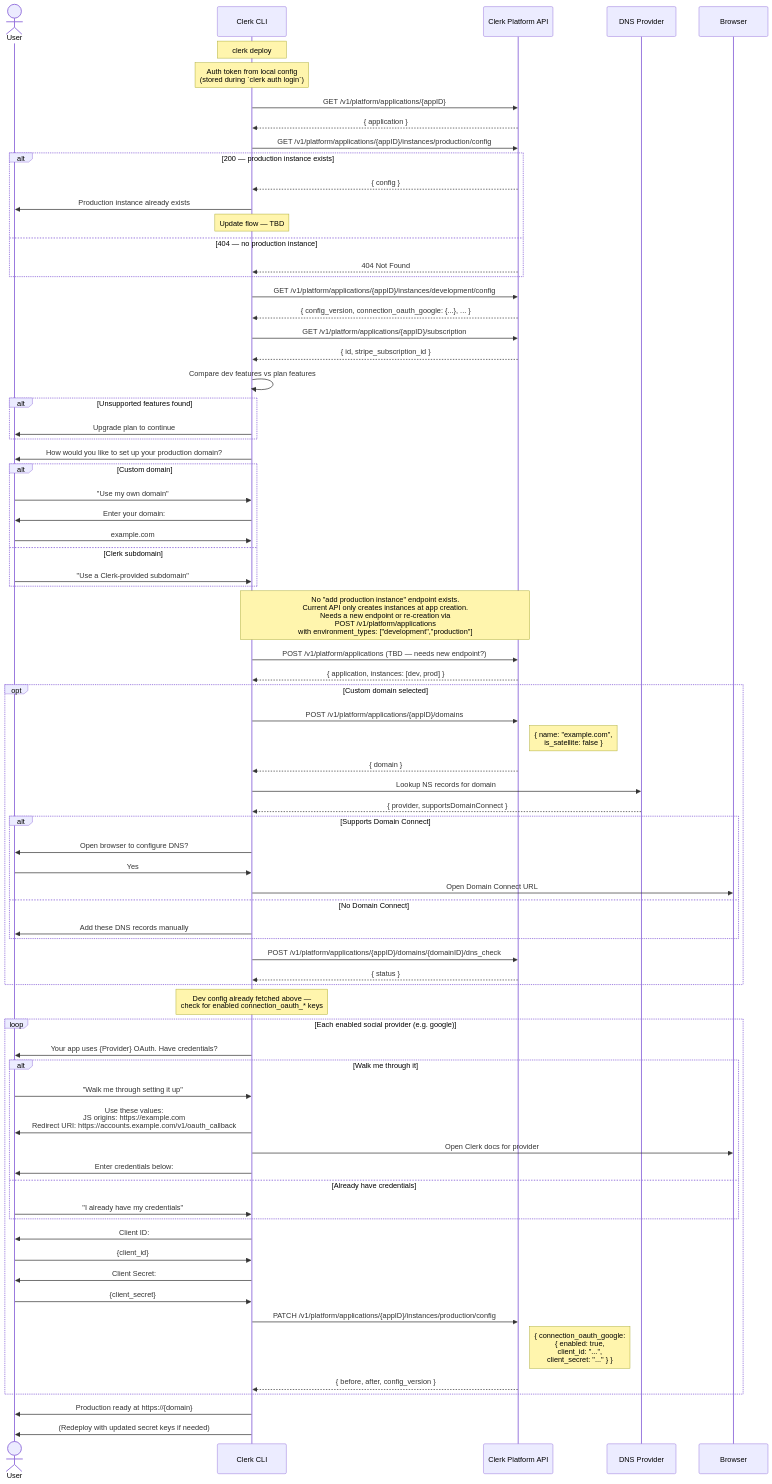
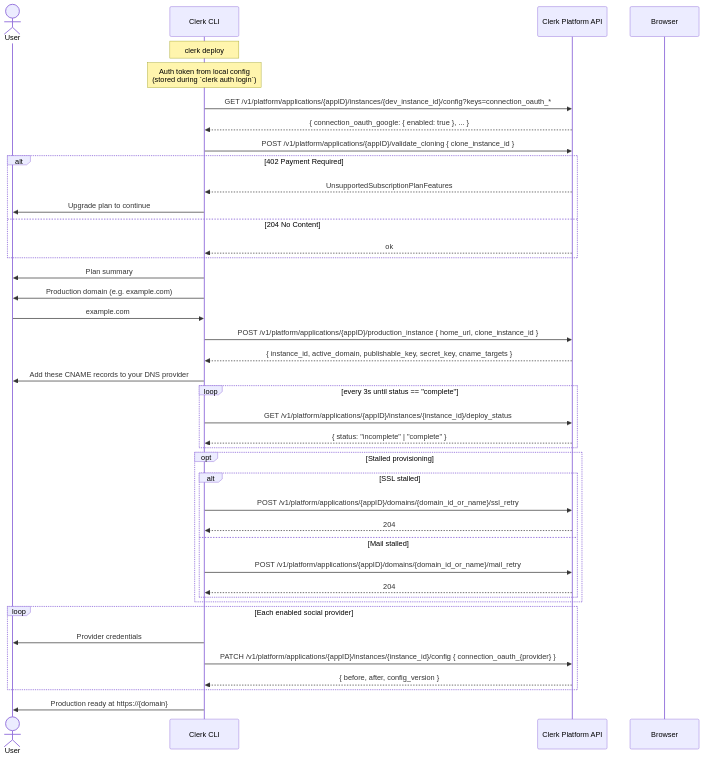
Before and after one commit to clerk/cli: the diagram in packages/cli-core/src/commands/deploy/README.md, drawn with Mermaid. The commit also changed other lines of this file and 15 other files, not shown here.

````diff
--- a/packages/cli-core/src/commands/deploy/README.md
+++ b/packages/cli-core/src/commands/deploy/README.md
@@ -37,100 +68,59 @@
     actor User
     participant CLI as Clerk CLI
     participant API as Clerk Platform API
-    participant DNS as DNS Provider
     participant Browser
 
     Note over CLI: clerk deploy
 
-    %% Auth & App Check
+    %% Auth & app context
     Note over CLI: Auth token from local config<br/>(stored during `clerk auth login`)
-    CLI->>API: GET /v1/platform/applications/{appID}
-    API-->>CLI: { application }
 
-    %% Production Instance Check
-    CLI->>API: GET /v1/platform/applications/{appID}/instances/production/config
-    alt 200 — production instance exists
-        API-->>CLI: { config }
-        CLI->>User: Production instance already exists
-        Note over CLI: Update flow — TBD
-    else 404 — no production instance
-        API-->>CLI: 404 Not Found
+    %% Discover enabled OAuth providers in dev
+    CLI->>API: GET /v1/platform/applications/{appID}/instances/{dev_instance_id}/config?keys=connection_oauth_*
+    API-->>CLI: { connection_oauth_google: { enabled: true }, ... }
+
+    %% Pre-flight subscription check
+    CLI->>API: POST /v1/platform/applications/{appID}/validate_cloning { clone_instance_id }
+    alt 402 Payment Required
+        API-->>CLI: UnsupportedSubscriptionPlanFeatures
+        CLI->>User: Upgrade plan to continue
+    else 204 No Content
+        API-->>CLI: ok
     end
 
-    %% Read Dev Instance Config (features + social providers)
-    CLI->>API: GET /v1/platform/applications/{appID}/instances/development/config
-    API-->>CLI: { config_version, connection_oauth_google: {...}, ... }
+    %% Plan summary + domain
+    CLI->>User: Plan summary
+    CLI->>User: Production domain (e.g. example.com)
+    User->>CLI: example.com
 
-    %% Subscription Check
-    CLI->>API: GET /v1/platform/applications/{appID}/subscription
-    API-->>CLI: { id, stripe_subscription_id }
-    CLI->>CLI: Compare dev features vs plan features
-    alt Unsupported features found
-        CLI->>User: Upgrade plan to continue
+    %% Create production instance + domain in one round-trip
+    CLI->>API: POST /v1/platform/applications/{appID}/production_instance { home_url, clone_instance_id }
+    API-->>CLI: { instance_id, active_domain, publishable_key, secret_key, cname_targets }
+
+    CLI->>User: Add these CNAME records to your DNS provider
+
+    %% Poll deploy status
+    loop every 3s until status == "complete"
+        CLI->>API: GET /v1/platform/applications/{appID}/instances/{instance_id}/deploy_status
+        API-->>CLI: { status: "incomplete" | "complete" }
     end
 
-    %% Domain Selection
-    CLI->>User: How would you like to set up your production domain?
-    alt Custom domain
-        User->>CLI: "Use my own domain"
-        CLI->>User: Enter your domain:
-        User->>CLI: example.com
-    else Clerk subdomain
-        User->>CLI: "Use a Clerk-provided subdomain"
+    opt Stalled provisioning
+        alt SSL stalled
+            CLI->>API: POST /v1/platform/applications/{appID}/domains/{domain_id_or_name}/ssl_retry
+            API-->>CLI: 204
+        else Mail stalled
+            CLI->>API: POST /v1/platform/applications/{appID}/domains/{domain_id_or_name}/mail_retry
+            API-->>CLI: 204
+        end
     end
 
-    %% Create Production Instance
-    Note over CLI,API: No "add production instance" endpoint exists.<br/>Current API only creates instances at app creation.<br/>Needs a new endpoint or re-creation via<br/>POST /v1/platform/applications<br/>with environment_types: ["development","production"]
-    CLI->>API: POST /v1/platform/applications (TBD — needs new endpoint?)
-    API-->>CLI: { application, instances: [dev, prod] }
-
-    %% Domain Setup
-    opt Custom domain selected
-        CLI->>API: POST /v1/platform/applications/{appID}/domains
-        Note right of API: { name: "example.com",<br/>is_satellite: false }
-        API-->>CLI: { domain }
-
-        CLI->>DNS: Lookup NS records for domain
-        DNS-->>CLI: { provider, supportsDomainConnect }
-
-        alt Supports Domain Connect
-            CLI->>User: Open browser to configure DNS?
-            User->>CLI: Yes
-            CLI->>Browser: Open Domain Connect URL
-        else No Domain Connect
-            CLI->>User: Add these DNS records manually
-        end
-
-        CLI->>API: POST /v1/platform/applications/{appID}/domains/{domainID}/dns_check
-        API-->>CLI: { status }
-    end
-
-    %% Social Provider Credential Collection
-    Note over CLI: Dev config already fetched above —<br/>check for enabled connection_oauth_* keys
-
-    loop Each enabled social provider (e.g. google)
-        CLI->>User: Your app uses {Provider} OAuth. Have credentials?
-
-        alt Walk me through it
-            User->>CLI: "Walk me through setting it up"
-            CLI->>User: Use these values:<br/>  JS origins: https://example.com<br/>  Redirect URI: https://accounts.example.com/v1/oauth_callback
-            CLI->>Browser: Open Clerk docs for provider
-            CLI->>User: Enter credentials below:
-        else Already have credentials
-            User->>CLI: "I already have my credentials"
-        end
-
-        CLI->>User: Client ID:
-        User->>CLI: {client_id}
-        CLI->>User: Client Secret:
-        User->>CLI: {client_secret}
-
-        CLI->>API: PATCH /v1/platform/applications/{appID}/instances/production/config
-        Note right of API: { connection_oauth_google:<br/>{ enabled: true,<br/>client_id: "...",<br/>client_secret: "..." } }
+    %% OAuth credential loop
+    loop Each enabled social provider
+        CLI->>User: Provider credentials
+        CLI->>API: PATCH /v1/platform/applications/{appID}/instances/{instance_id}/config { connection_oauth_{provider} }
         API-->>CLI: { before, after, config_version }
     end
 
-    %% Done
     CLI->>User: Production ready at https://{domain}
-    CLI->>User: (Redeploy with updated secret keys if needed)
 ```
````
